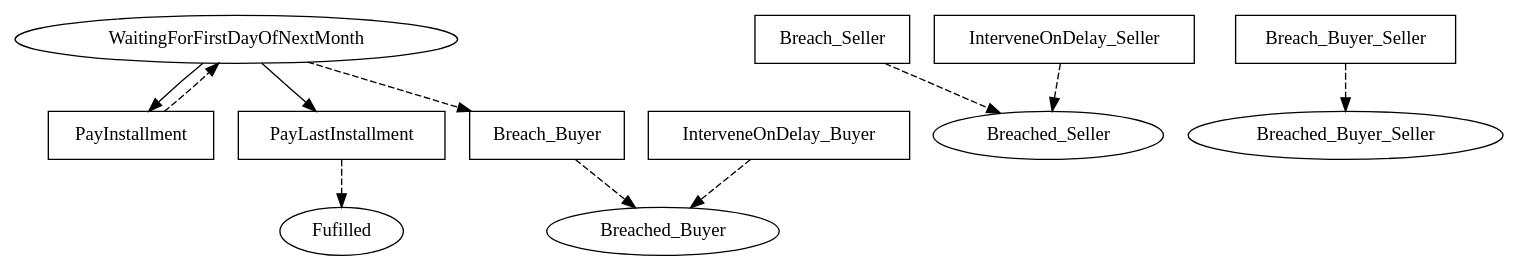
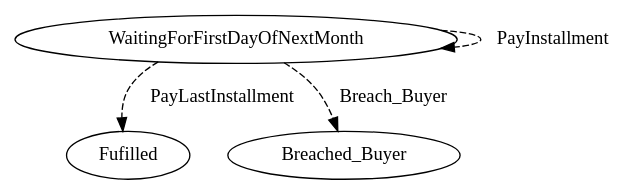
Before and after one commit to Marcao02/complaw-deeptech: the diagram in linear_state_machine_language/pyL4/examples/out_graphviz/from_academic_lit/hvitved_instalment_sale--simplified_time.dot, drawn with Graphviz. The commit also changed 46 other files, not shown here.

Commit message:
better flowcharts, full goodenough/flood example

```diff
--- a/linear_state_machine_language/pyL4/examples/out_graphviz/from_academic_lit/hvitved_instalment_sale--simplified_time.dot
+++ b/linear_state_machine_language/pyL4/examples/out_graphviz/from_academic_lit/hvitved_instalment_sale--simplified_time.dot
@@ -1,35 +1,19 @@
 // THIS IS A GENERATED FILE. DO NOT EDIT.
 
 digraph Instalment_Sale_Hvitved {    
     Fulfilled[label=Fufilled];
-    WaitingForFirstDayOfNextMonth[label=WaitingForFirstDayOfNextMonth];
-	Breached_Seller[label=Breached_Seller];
-	Breached_Buyer[label=Breached_Buyer];
-	Breached_Buyer_Seller[label=Breached_Buyer_Seller]
+    WaitingForFirstDayOfNextMonth[label=WaitingForFirstDayOfNextMonth]
+        
     
-     
-    PayInstallment[label=PayInstallment,shape=box];
-	PayLastInstallment[label=PayLastInstallment,shape=box];
-	Breach_Seller[label=Breach_Seller,shape=box];
-	Breach_Buyer[label=Breach_Buyer,shape=box];
-	Breach_Buyer_Seller[label=Breach_Buyer_Seller,shape=box];
-	InterveneOnDelay_Buyer[label=InterveneOnDelay_Buyer,shape=box];
-	InterveneOnDelay_Seller[label=InterveneOnDelay_Seller,shape=box]    
+         
     
     
     
-    WaitingForFirstDayOfNextMonth -> PayInstallment;
-	WaitingForFirstDayOfNextMonth -> PayLastInstallment;
-	WaitingForFirstDayOfNextMonth -> Breach_Buyer [style=dashed]
     
-    PayInstallment -> WaitingForFirstDayOfNextMonth [style=dashed];
-	PayLastInstallment -> Fulfilled [style=dashed];
-	Breach_Seller -> Breached_Seller [style=dashed];
-	Breach_Buyer -> Breached_Buyer [style=dashed];
-	Breach_Buyer_Seller -> Breached_Buyer_Seller [style=dashed];
-	InterveneOnDelay_Buyer -> Breached_Buyer [style=dashed];
-	InterveneOnDelay_Seller -> Breached_Seller [style=dashed];
+    WaitingForFirstDayOfNextMonth -> Fulfilled [style=dashed,label=PayLastInstallment];
+	WaitingForFirstDayOfNextMonth -> Breached_Buyer [style=dashed,label=Breach_Buyer];
 	     
     
-       
+    WaitingForFirstDayOfNextMonth -> WaitingForFirstDayOfNextMonth [style=dashed,label=PayInstallment];
+	   
 }
```
